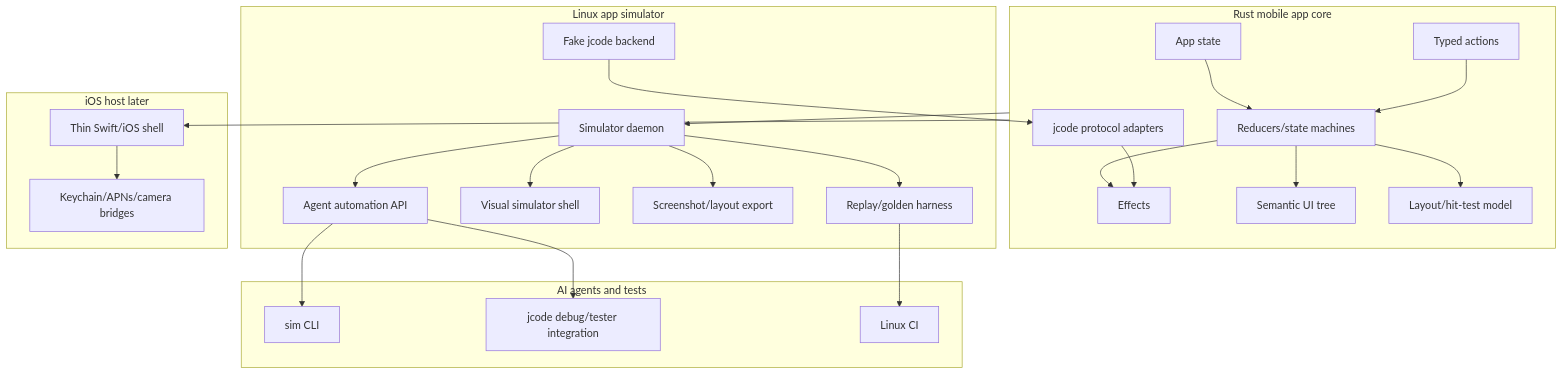
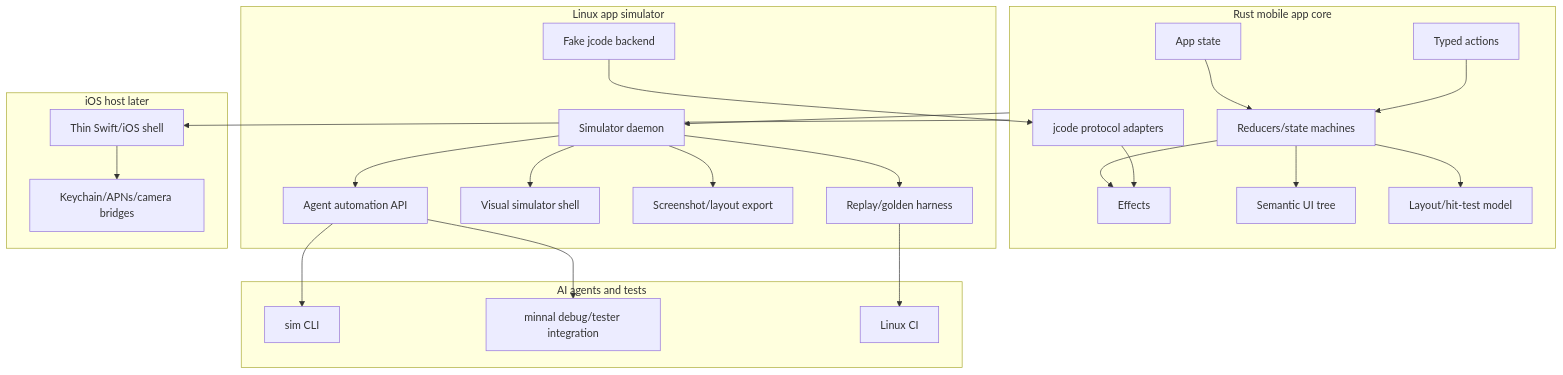
One commit to iamrohithrnair/minnal changed the diagram in docs/MOBILE_AGENT_SIMULATOR.md. Above: the diagram before and after it, drawn with Mermaid. The commit also changed other lines of this file and 120 other files, not shown here.

````diff
--- a/docs/MOBILE_AGENT_SIMULATOR.md
+++ b/docs/MOBILE_AGENT_SIMULATOR.md
@@ -41,50 +41,50 @@
 ```mermaid
 graph TB
     subgraph Core["Rust mobile app core"]
         State["App state"]
         Actions["Typed actions"]
         Effects["Effects"]
         Reducer["Reducers/state machines"]
         Protocol["jcode protocol adapters"]
         SemUI["Semantic UI tree"]
         Layout["Layout/hit-test model"]
     end
 
     subgraph Sim["Linux app simulator"]
         SimDaemon["Simulator daemon"]
         AutoAPI["Agent automation API"]
         FakeServer["Fake jcode backend"]
         Visual["Visual simulator shell"]
         Shots["Screenshot/layout export"]
         Replay["Replay/golden harness"]
     end
 
     subgraph Agents["AI agents and tests"]
         CLI["sim CLI"]
-        Debug["jcode debug/tester integration"]
+        Debug["minnal debug/tester integration"]
         CI["Linux CI"]
     end
 
     subgraph IOS["iOS host later"]
         SwiftShell["Thin Swift/iOS shell"]
         IOSStorage["Keychain/APNs/camera bridges"]
     end
 
     State --> Reducer
     Actions --> Reducer
     Reducer --> Effects
     Reducer --> SemUI
     Reducer --> Layout
     Protocol --> Effects
     Core --> SimDaemon
     FakeServer --> Protocol
     SimDaemon --> AutoAPI
     SimDaemon --> Visual
     SimDaemon --> Shots
     SimDaemon --> Replay
     AutoAPI --> CLI
     AutoAPI --> Debug
     Replay --> CI
     Core --> SwiftShell
     SwiftShell --> IOSStorage
 ```
````
